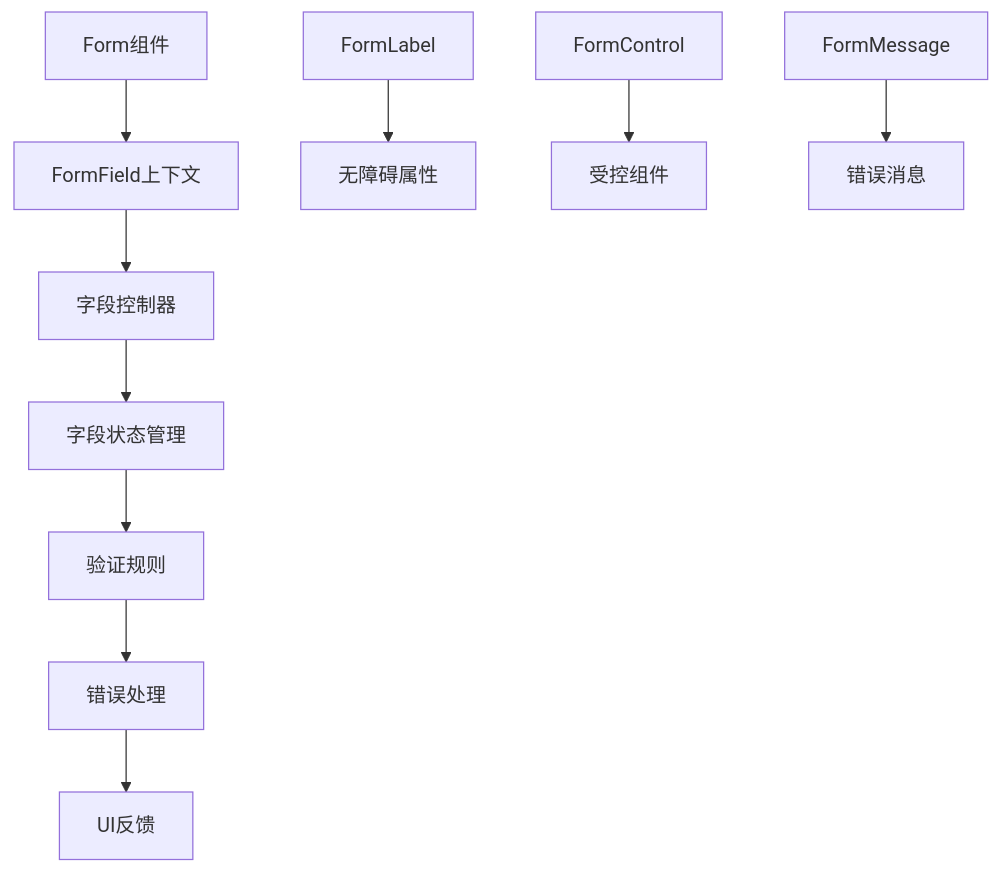
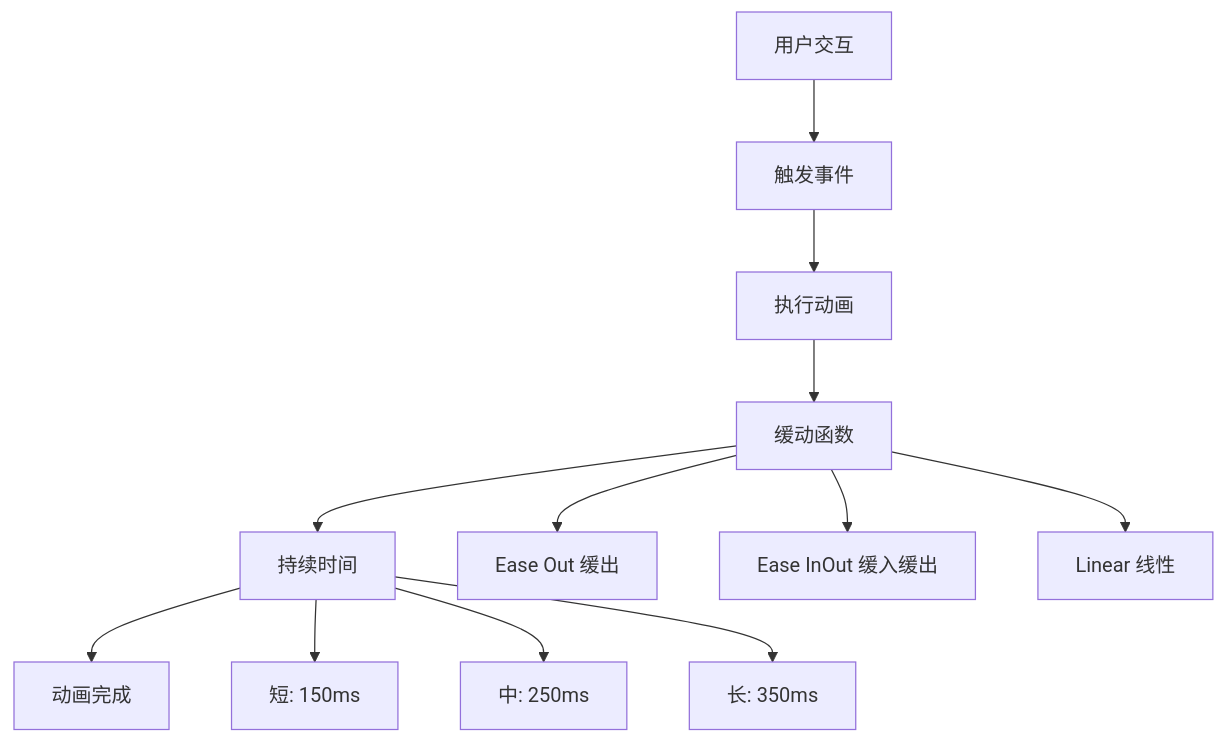
Before and after one commit to RadiumAg/bilibili-favorites: diagram 13 of 24 in .qoder/repowiki/zh/content/开发指南/UI_UX专业设计系统.md, drawn with Mermaid. The commit also changed other lines of this file and 21 other files, not shown here.

````diff
--- a/.qoder/repowiki/zh/content/开发指南/UI_UX专业设计系统.md
+++ b/.qoder/repowiki/zh/content/开发指南/UI_UX专业设计系统.md
@@ -419,12 +513,14 @@
 ```mermaid
 flowchart TD
-A[Form组件] --> B[FormField上下文]
-B --> C[字段控制器]
-C --> D[字段状态管理]
-D --> E[验证规则]
-E --> F[错误处理]
-F --> G[UI反馈]
-H[FormLabel] --> I[无障碍属性]
-J[FormControl] --> K[受控组件]
-L[FormMessage] --> M[错误消息]
+Interaction[用户交互] --> Trigger[触发事件]
+Trigger --> Animation[执行动画]
+Animation --> Easing[缓动函数]
+Easing --> Duration[持续时间]
+Duration --> Complete[动画完成]
+Easing --> EaseOut[Ease Out 缓出]
+Easing --> EaseInOut[Ease InOut 缓入缓出]
+Easing --> Linear[Linear 线性]
+Duration --> Short[短: 150ms]
+Duration --> Medium[中: 250ms]
+Duration --> Long[长: 350ms]
 ```
````
